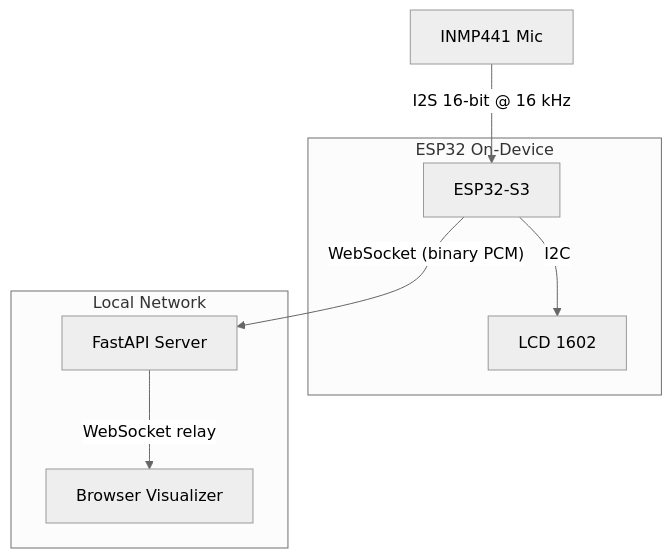
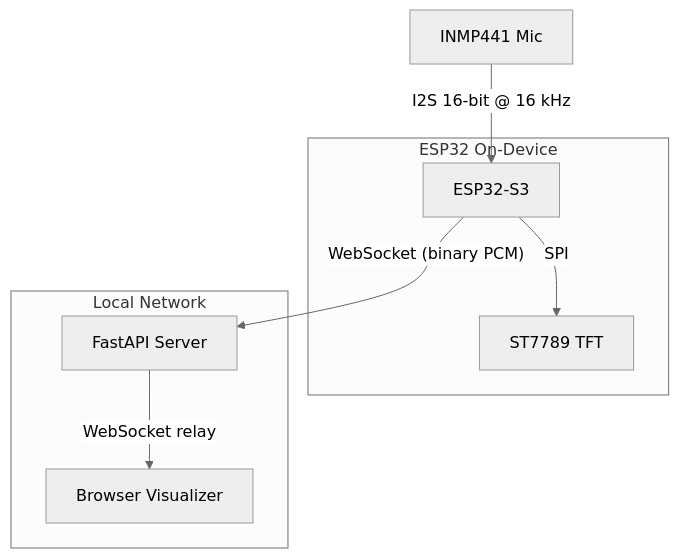
Before and after one commit to raynardj/wizardoz: the third of 3 diagrams in src/README.md, drawn with Mermaid (neutral theme). The commit also changed other lines of this file and 9 other files, not shown here.

````diff
--- a/src/README.md
+++ b/src/README.md
@@ -97,17 +112,17 @@
 ```mermaid
 flowchart TD
     MIC["INMP441 Mic"] -->|"I2S 16-bit @ 16 kHz"| ESP["ESP32-S3"]
-    ESP -->|"I2C"| LCD["LCD 1602"]
+    ESP -->|"SPI"| TFT["ST7789 TFT"]
     ESP -->|"WebSocket (binary PCM)"| SRV["FastAPI Server"]
     SRV -->|"WebSocket relay"| VIZ["Browser Visualizer"]
 
     subgraph device ["ESP32 On-Device"]
         ESP
-        LCD
+        TFT
     end
 
     subgraph lan ["Local Network"]
         SRV
         VIZ
     end
 ```
````
